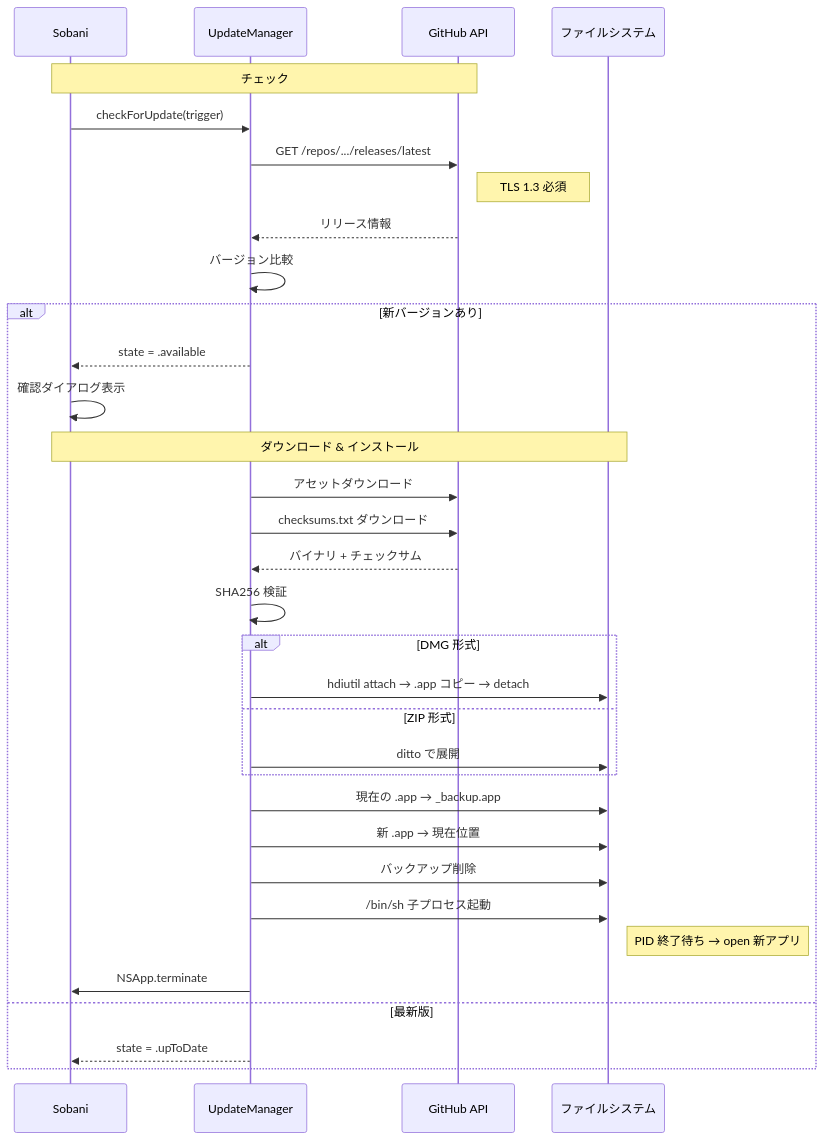
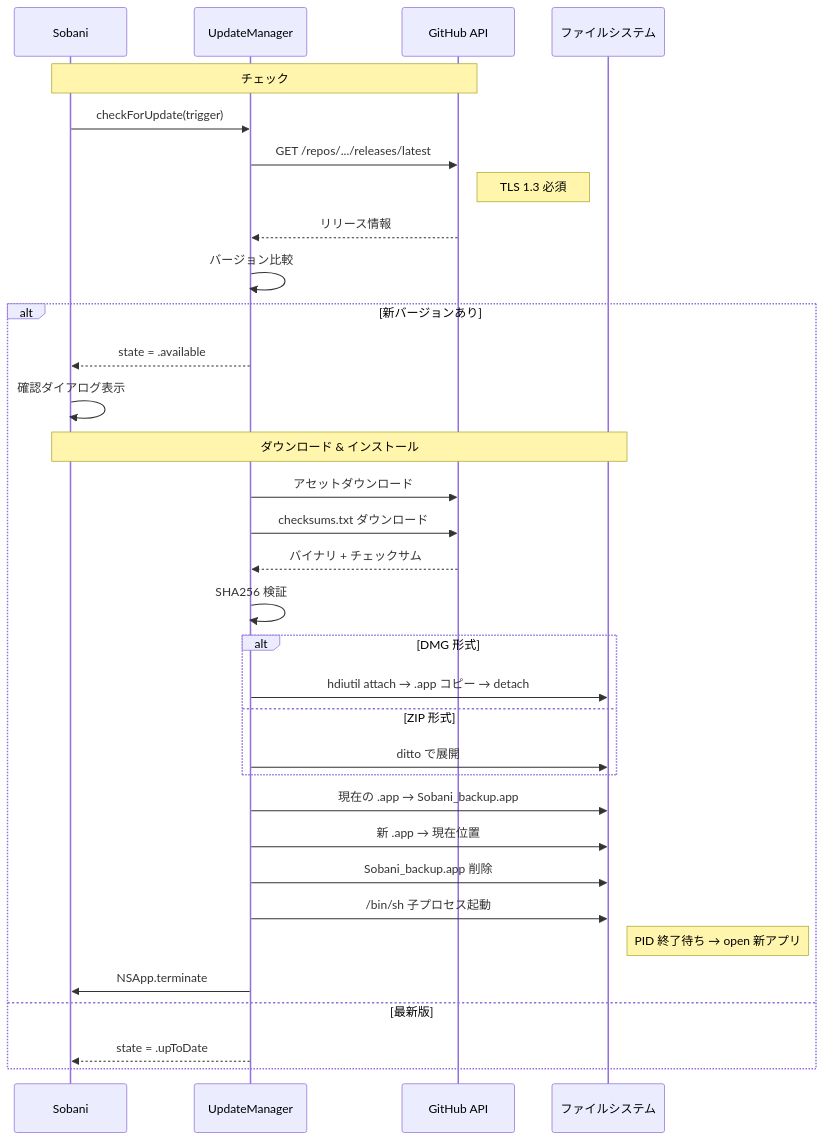
The second of 3 diagrams in docs/guide/update-and-restore.md (shiroemons/sobani), drawn with Mermaid before and after one commit. The commit also changed other lines of this file and 3 other files, not shown here.

````diff
--- a/docs/guide/update-and-restore.md
+++ b/docs/guide/update-and-restore.md
@@ -46,40 +46,40 @@
 ```mermaid
 sequenceDiagram
     participant App as Sobani
     participant UM as UpdateManager
     participant GH as GitHub API
     participant FS as ファイルシステム
 
     Note over App,GH: チェック
     App->>UM: checkForUpdate(trigger)
     UM->>GH: GET /repos/.../releases/latest
     Note right of GH: TLS 1.3 必須
     GH-->>UM: リリース情報
     UM->>UM: バージョン比較
 
     alt 新バージョンあり
         UM-->>App: state = .available
         App->>App: 確認ダイアログ表示
 
         Note over App,FS: ダウンロード & インストール
         UM->>GH: アセットダウンロード
         UM->>GH: checksums.txt ダウンロード
         GH-->>UM: バイナリ + チェックサム
         UM->>UM: SHA256 検証
 
         alt DMG 形式
             UM->>FS: hdiutil attach → .app コピー → detach
         else ZIP 形式
             UM->>FS: ditto で展開
         end
 
-        UM->>FS: 現在の .app → _backup.app
+        UM->>FS: 現在の .app → Sobani_backup.app
         UM->>FS: 新 .app → 現在位置
-        UM->>FS: バックアップ削除
+        UM->>FS: Sobani_backup.app 削除
         UM->>FS: /bin/sh 子プロセス起動
         Note right of FS: PID 終了待ち → open 新アプリ
         UM->>App: NSApp.terminate
     else 最新版
         UM-->>App: state = .upToDate
     end
 ```
````
